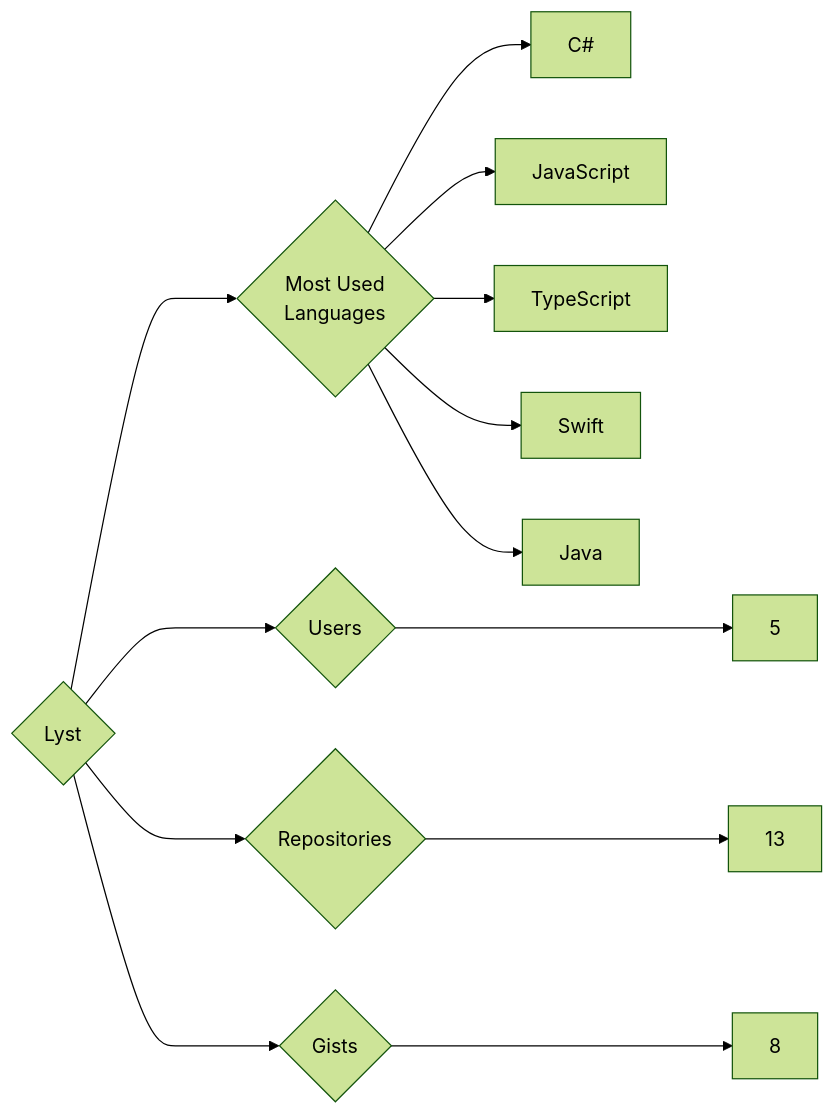
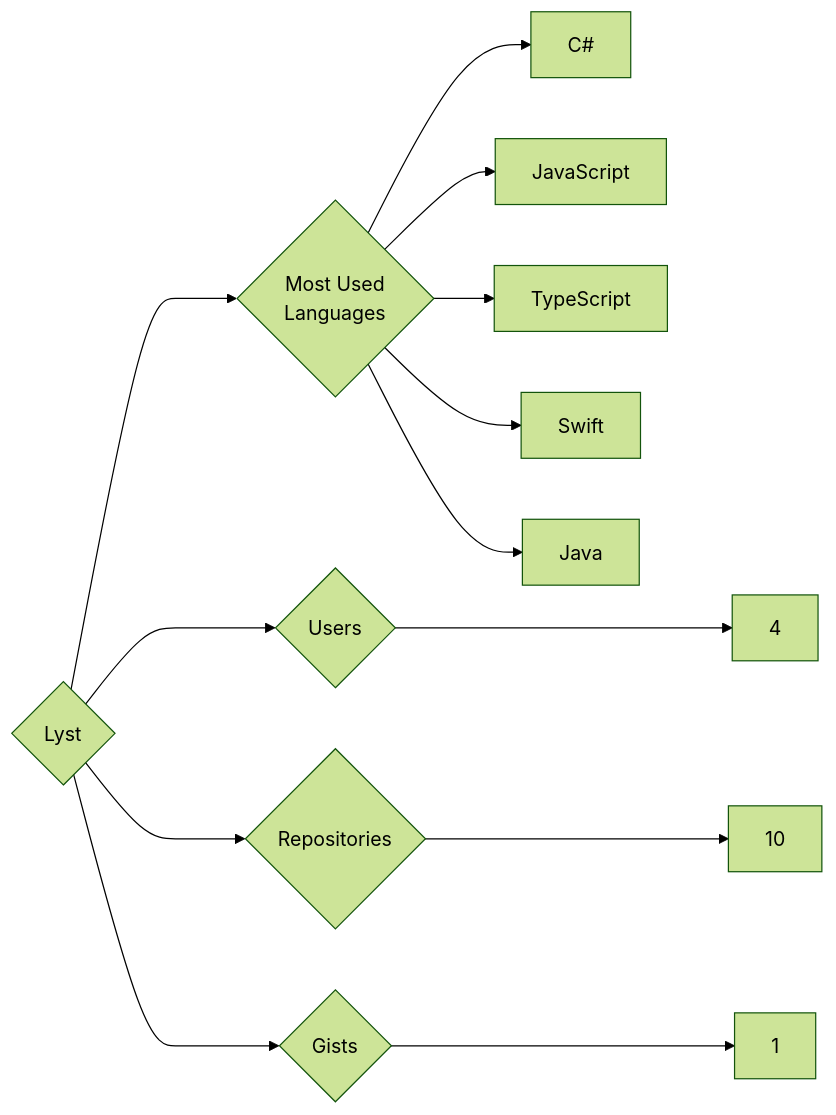
One commit to trickest/insiders changed the diagram in targets/Lyst/README.md. Above: the diagram before and after it, drawn with Mermaid (forest theme). The commit also changed 752 other files, not shown here.

````diff
--- a/targets/Lyst/README.md
+++ b/targets/Lyst/README.md
@@ -3,13 +3,13 @@
 ```mermaid
 graph LR
 COMPANY_NAME{Lyst}
-COMPANY_NAME ---> U{Users} ---> UN[5]
-COMPANY_NAME ---> R{Repositories} ---> RN[13]
-COMPANY_NAME ---> G{Gists} ---> GN[8]
+COMPANY_NAME ---> U{Users} ---> UN[4]
+COMPANY_NAME ---> R{Repositories} ---> RN[10]
+COMPANY_NAME ---> G{Gists} ---> GN[1]
 COMPANY_NAME ---> ML{Most Used<br>Languages}
 ML --> C#[C#]
 ML --> JavaScript[JavaScript]
 ML --> TypeScript[TypeScript]
 ML --> Swift[Swift]
 ML --> Java[Java]
 ```
````
